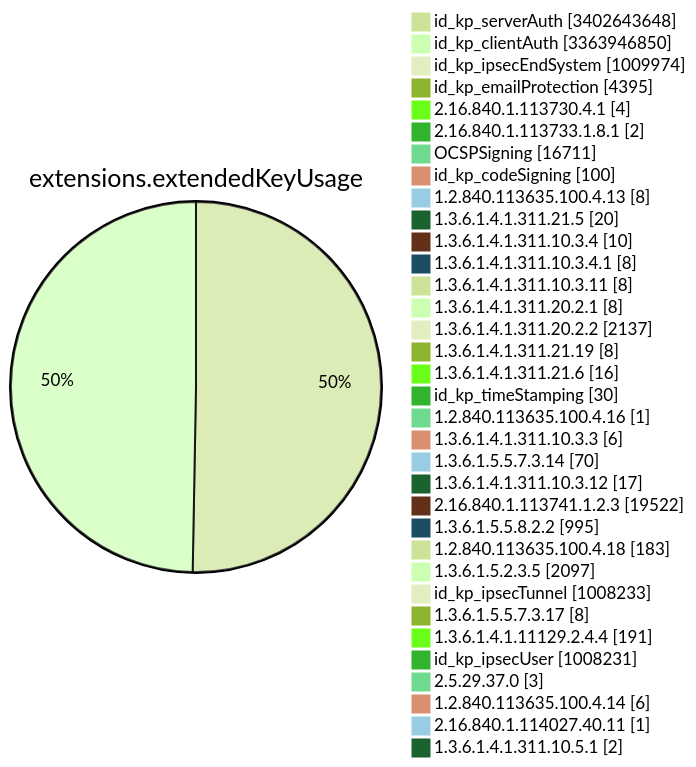
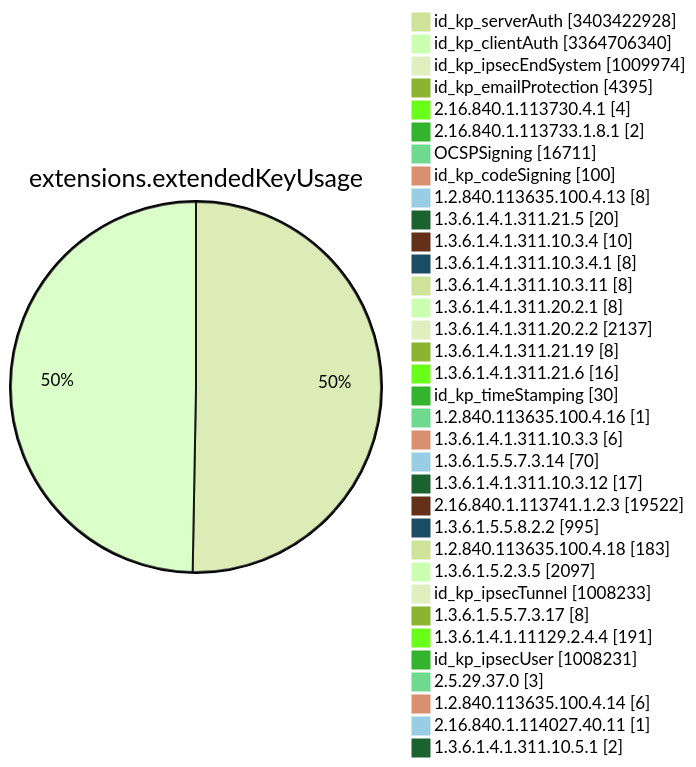
One commit to christiankrug/ctmonitor_visualization changed diagram 11 of 15 in TOTAL/README.md. Above: the diagram before and after it, drawn with Mermaid (forest theme). The commit also changed other lines of this file, not shown here.

````diff
--- a/TOTAL/README.md
+++ b/TOTAL/README.md
@@ -4121,38 +4121,38 @@
 ```mermaid
 pie showData
 title extensions.extendedKeyUsage
-"id_kp_serverAuth" :3402643648
-"id_kp_clientAuth" :3363946850
+"id_kp_serverAuth" :3403422928
+"id_kp_clientAuth" :3364706340
 "id_kp_ipsecEndSystem" :1009974
 "id_kp_emailProtection" :4395
 "2.16.840.1.113730.4.1" :4
 "2.16.840.1.113733.1.8.1" :2
 "OCSPSigning" :16711
 "id_kp_codeSigning" :100
 "1.2.840.113635.100.4.13" :8
 "1.3.6.1.4.1.311.21.5" :20
 "1.3.6.1.4.1.311.10.3.4" :10
 "1.3.6.1.4.1.311.10.3.4.1" :8
 "1.3.6.1.4.1.311.10.3.11" :8
 "1.3.6.1.4.1.311.20.2.1" :8
 "1.3.6.1.4.1.311.20.2.2" :2137
 "1.3.6.1.4.1.311.21.19" :8
 "1.3.6.1.4.1.311.21.6" :16
 "id_kp_timeStamping" :30
 "1.2.840.113635.100.4.16" :1
 "1.3.6.1.4.1.311.10.3.3" :6
 "1.3.6.1.5.5.7.3.14" :70
 "1.3.6.1.4.1.311.10.3.12" :17
 "2.16.840.1.113741.1.2.3" :19522
 "1.3.6.1.5.5.8.2.2" :995
 "1.2.840.113635.100.4.18" :183
 "1.3.6.1.5.2.3.5" :2097
 "id_kp_ipsecTunnel" :1008233
 "1.3.6.1.5.5.7.3.17" :8
 "1.3.6.1.4.1.11129.2.4.4" :191
 "id_kp_ipsecUser" :1008231
 "2.5.29.37.0" :3
 "1.2.840.113635.100.4.14" :6
 "2.16.840.1.114027.40.11" :1
 "1.3.6.1.4.1.311.10.5.1" :2
 ```
````
